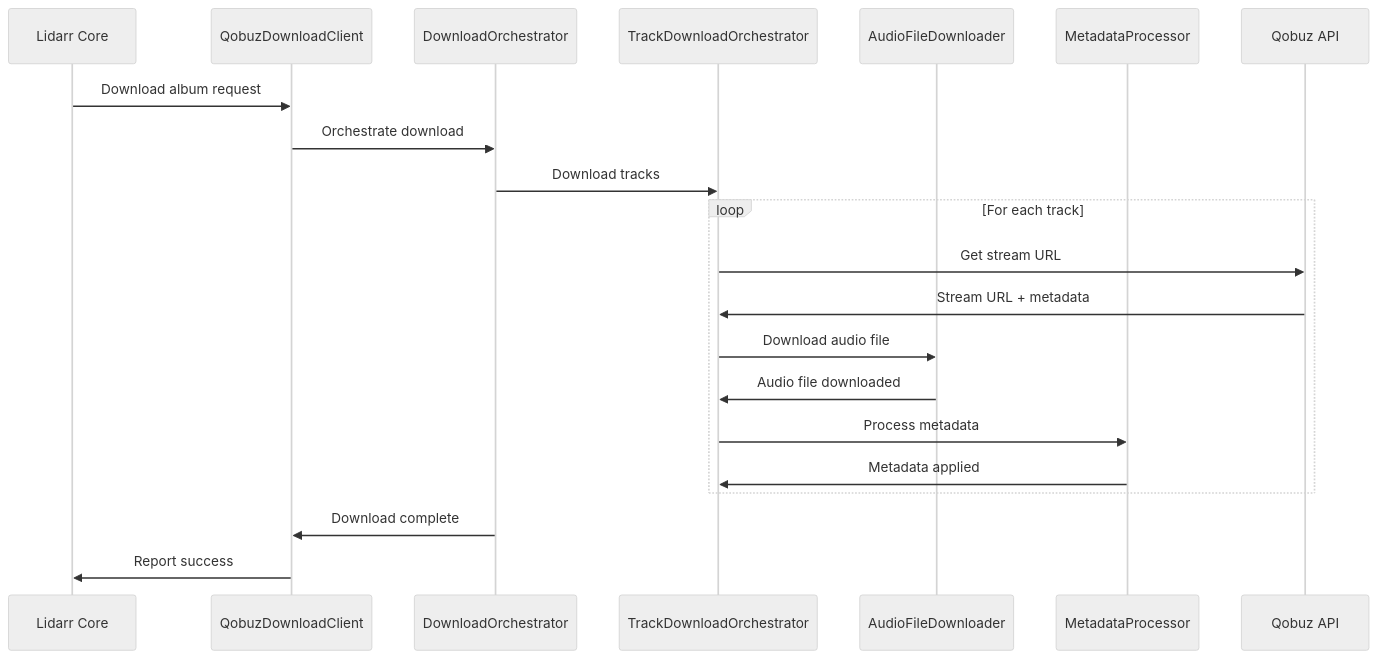
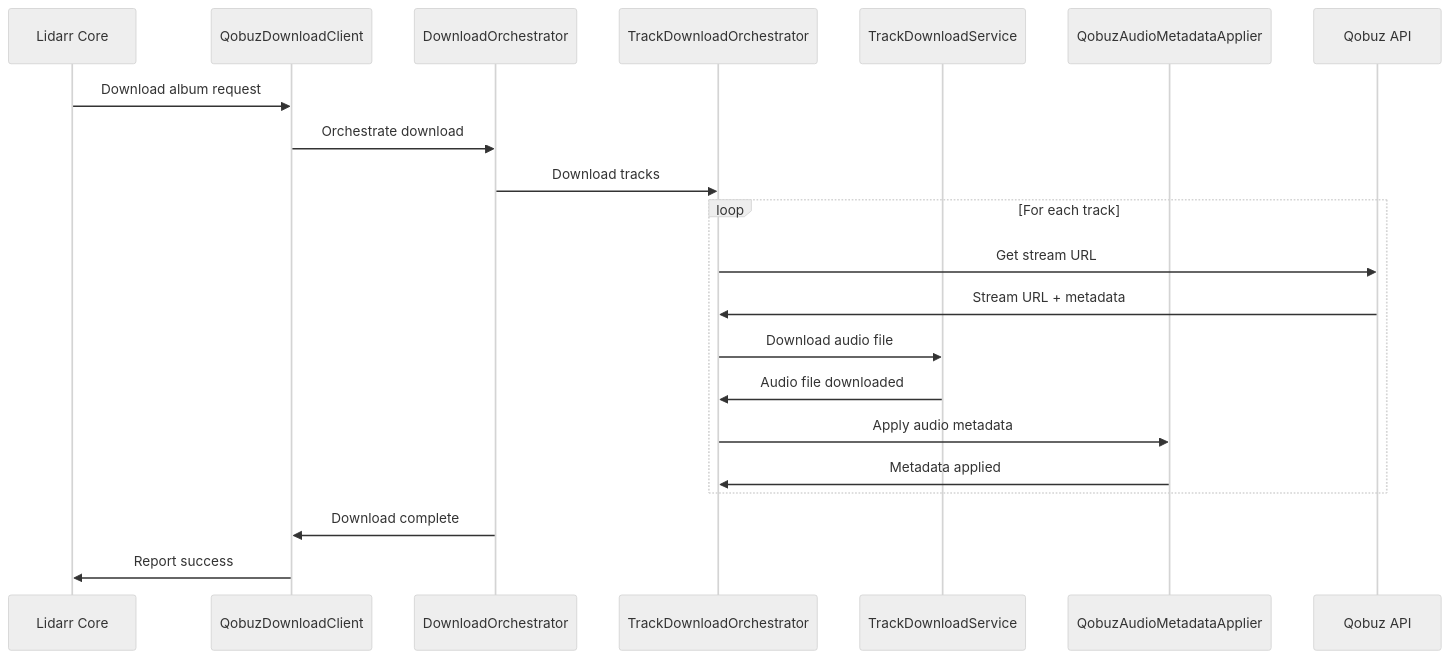
The fifth of 25 diagrams in docs/ARCHITECTURE.md (RicherTunes/Qobuzarr), drawn with Mermaid (neutral theme) before and after one commit. The commit also changed other lines of this file and 231 other files, not shown here.

````diff
--- a/docs/ARCHITECTURE.md
+++ b/docs/ARCHITECTURE.md
@@ -271,26 +271,26 @@
 ```mermaid
 sequenceDiagram
     participant Lidarr as Lidarr Core
     participant QDC as QobuzDownloadClient
     participant DO as DownloadOrchestrator
     participant TDO as TrackDownloadOrchestrator
-    participant AFP as AudioFileDownloader
-    participant MP as MetadataProcessor
+    participant TDS as TrackDownloadService
+    participant MAP as QobuzAudioMetadataApplier
     participant QobuzAPI as Qobuz API
     
     Lidarr->>QDC: Download album request
     QDC->>DO: Orchestrate download
     DO->>TDO: Download tracks
     
     loop For each track
         TDO->>QobuzAPI: Get stream URL
         QobuzAPI->>TDO: Stream URL + metadata
-        TDO->>AFP: Download audio file
-        AFP->>TDO: Audio file downloaded
-        TDO->>MP: Process metadata
-        MP->>TDO: Metadata applied
+        TDO->>TDS: Download audio file
+        TDS->>TDO: Audio file downloaded
+        TDO->>MAP: Apply audio metadata
+        MAP->>TDO: Metadata applied
     end
     
     DO->>QDC: Download complete
     QDC->>Lidarr: Report success
 ```
````
